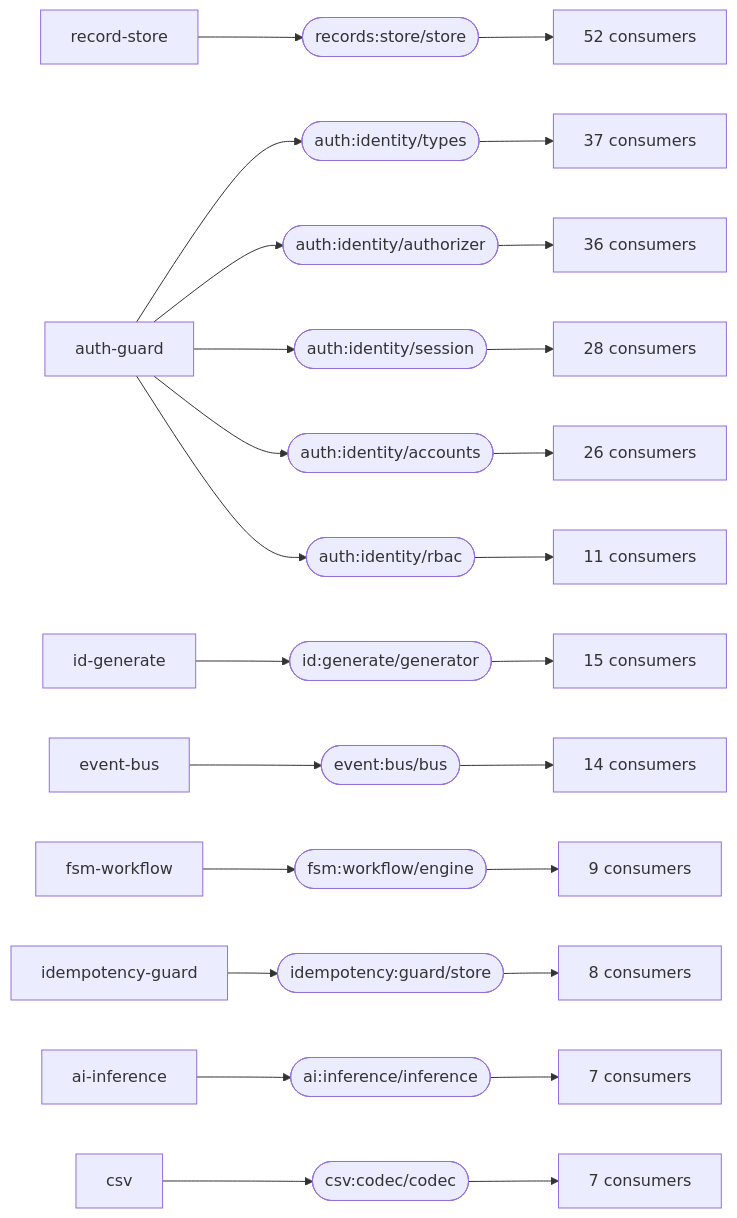
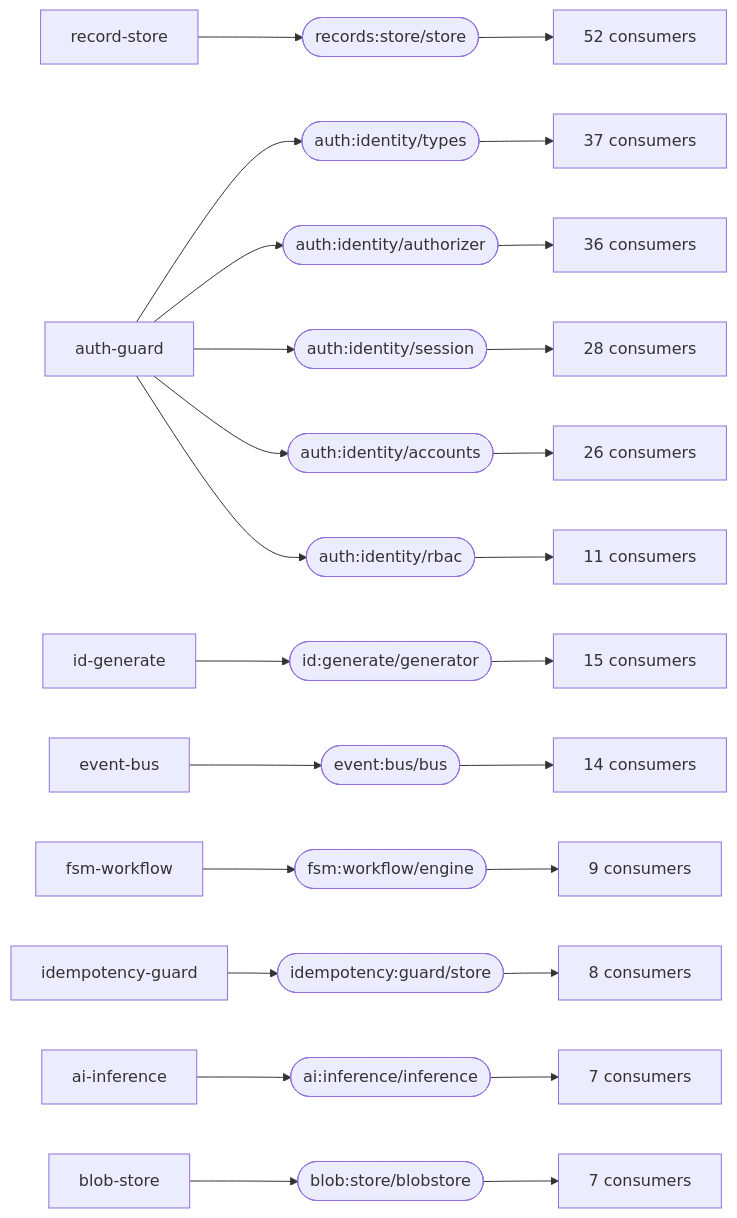
Before and after one commit to markkovari/holon: the first of 2 diagrams in docs/CAPABILITY-GRAPH.md, drawn with Mermaid. The commit also changed other lines of this file and 12 other files, not shown here.

````diff
--- a/docs/CAPABILITY-GRAPH.md
+++ b/docs/CAPABILITY-GRAPH.md
@@ -123,39 +123,39 @@
 ```mermaid
 graph LR
   records_store_store(["records:store/store"])
   record_store[record-store] --> records_store_store
   records_store_store --> many_records_store_store["52 consumers"]
   auth_identity_types(["auth:identity/types"])
   auth_guard[auth-guard] --> auth_identity_types
   auth_identity_types --> many_auth_identity_types["37 consumers"]
   auth_identity_authorizer(["auth:identity/authorizer"])
   auth_guard[auth-guard] --> auth_identity_authorizer
   auth_identity_authorizer --> many_auth_identity_authorizer["36 consumers"]
   auth_identity_session(["auth:identity/session"])
   auth_guard[auth-guard] --> auth_identity_session
   auth_identity_session --> many_auth_identity_session["28 consumers"]
   auth_identity_accounts(["auth:identity/accounts"])
   auth_guard[auth-guard] --> auth_identity_accounts
   auth_identity_accounts --> many_auth_identity_accounts["26 consumers"]
   id_generate_generator(["id:generate/generator"])
   id_generate[id-generate] --> id_generate_generator
   id_generate_generator --> many_id_generate_generator["15 consumers"]
   event_bus_bus(["event:bus/bus"])
   event_bus[event-bus] --> event_bus_bus
   event_bus_bus --> many_event_bus_bus["14 consumers"]
   auth_identity_rbac(["auth:identity/rbac"])
   auth_guard[auth-guard] --> auth_identity_rbac
   auth_identity_rbac --> many_auth_identity_rbac["11 consumers"]
   fsm_workflow_engine(["fsm:workflow/engine"])
   fsm_workflow[fsm-workflow] --> fsm_workflow_engine
   fsm_workflow_engine --> many_fsm_workflow_engine["9 consumers"]
   idempotency_guard_store(["idempotency:guard/store"])
   idempotency_guard[idempotency-guard] --> idempotency_guard_store
   idempotency_guard_store --> many_idempotency_guard_store["8 consumers"]
   ai_inference_inference(["ai:inference/inference"])
   ai_inference[ai-inference] --> ai_inference_inference
   ai_inference_inference --> many_ai_inference_inference["7 consumers"]
-  csv_codec_codec(["csv:codec/codec"])
-  csv[csv] --> csv_codec_codec
-  csv_codec_codec --> many_csv_codec_codec["7 consumers"]
+  blob_store_blobstore(["blob:store/blobstore"])
+  blob_store[blob-store] --> blob_store_blobstore
+  blob_store_blobstore --> many_blob_store_blobstore["7 consumers"]
 ```
````
